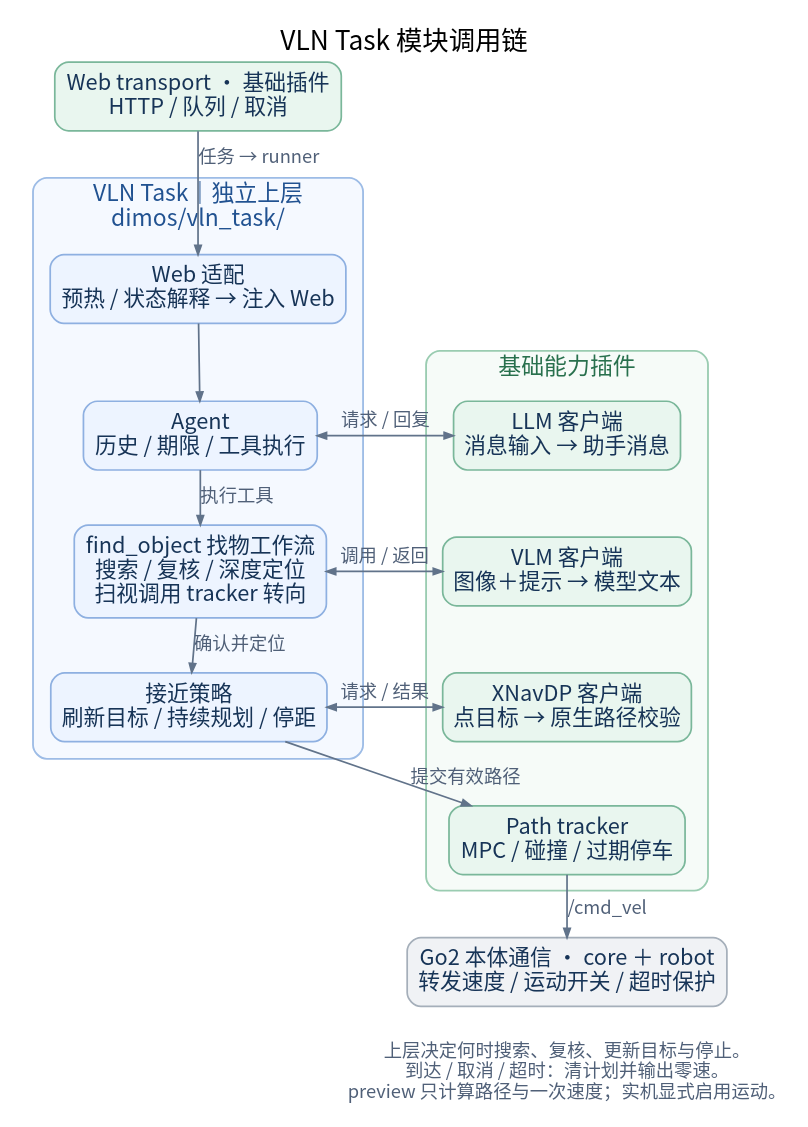
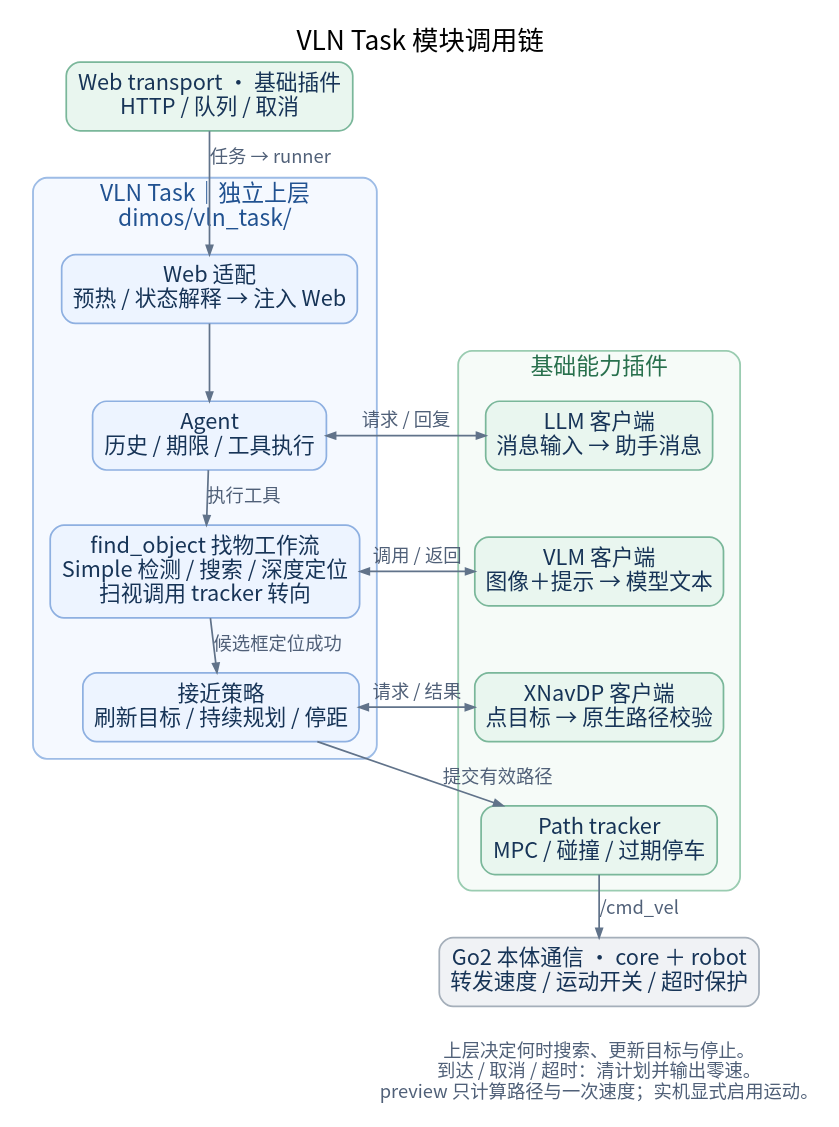
Before and after one commit to Han0301/agx-dimos-vln: the diagram in doc/architecture/diagrams/vln_modules.dot, drawn with Graphviz. The commit also changed 112 other files, not shown here.

```diff
--- a/doc/architecture/diagrams/vln_modules.dot
+++ b/doc/architecture/diagrams/vln_modules.dot
@@ -1,38 +1,38 @@
 digraph Agent {
   graph [rankdir=TB, bgcolor="white", pad="0.18", nodesep="0.34", ranksep="0.40", splines=polyline, fontname="Noto Sans CJK SC", fontsize=23, label="VLN Task 模块调用链", labelloc=t, labeljust=c, compound=true, newrank=true];
   node [shape=box, style="rounded,filled", fillcolor="#EDF4FF", color="#8EB0E1", penwidth=1.5, fontname="Noto Sans CJK SC", fontsize=19, fontcolor="#173457", margin="0.14,0.12"];
   edge [color="#61738A", penwidth=1.5, arrowsize=0.8, fontname="Noto Sans CJK SC", fontsize=16, fontcolor="#506078"];
 
   web [label="Web transport · 基础插件\nHTTP / 队列 / 取消", fillcolor="#E9F6EF", color="#7AB79A"];
   subgraph cluster_upper {
     graph [label="VLN Task｜独立上层\ndimos/vln_task/", fontsize=20, fontcolor="#215291", style="rounded,filled", fillcolor="#F5F9FF", color="#9DBCE6", penwidth=1.6, margin=15];
     policy [label="Web 适配\n预热 / 状态解释 → 注入 Web"];
     agent [label="Agent\n历史 / 期限 / 工具执行"];
-    find [label="find_object 找物工作流\n搜索 / 复核 / 深度定位\n扫视调用 tracker 转向"];
+    find [label="find_object 找物工作流\nSimple 检测 / 搜索 / 深度定位\n扫视调用 tracker 转向"];
     approach [label="接近策略\n刷新目标 / 持续规划 / 停距"];
     policy -> agent;
     agent -> find [label="执行工具"];
-    find -> approach [label="确认并定位"];
+    find -> approach [label="候选框定位成功"];
   }
   subgraph cluster_basic {
     graph [label="基础能力插件", fontsize=20, fontcolor="#28704D", style="rounded,filled", fillcolor="#F6FBF8", color="#9ACCB1", penwidth=1.6, margin=14];
     node [fillcolor="#E9F6EF",color="#7AB79A"];
     llm [label="LLM 客户端\n消息输入 → 助手消息"];
     vlm [label="VLM 客户端\n图像＋提示 → 模型文本"];
     xnav [label="XNavDP 客户端\n点目标 → 原生路径校验"];
     tracker [label="Path tracker\nMPC / 碰撞 / 过期停车"];
     llm -> vlm -> xnav -> tracker [style=invis, weight=30];
   }
   {rank=same; agent;llm}
   {rank=same; find;vlm}
   {rank=same; approach;xnav}
   web -> policy [label="任务 → runner"];
   agent -> llm [dir=both, label="请求 / 回复", minlen=1];
   find -> vlm [dir=both, label="调用 / 返回", minlen=1];
   approach -> xnav [dir=both, label="请求 / 结果", minlen=1];
   approach -> tracker [label="提交有效路径"];
   go2 [label="Go2 本体通信 · core ＋ robot\n转发速度 / 运动开关 / 超时保护", fillcolor="#F0F2F5", color="#A5AFBA"];
   tracker -> go2 [label="/cmd_vel"];
-  note [shape=plain, style="", label="上层决定何时搜索、复核、更新目标与停止。\n到达 / 取消 / 超时：清计划并输出零速。\npreview 只计算路径与一次速度；实机显式启用运动。", fontsize=16, fontcolor="#506078"];
+  note [shape=plain, style="", label="上层决定何时搜索、更新目标与停止。\n到达 / 取消 / 超时：清计划并输出零速。\npreview 只计算路径与一次速度；实机显式启用运动。", fontsize=16, fontcolor="#506078"];
   go2 -> note [style=invis];
 }
```
